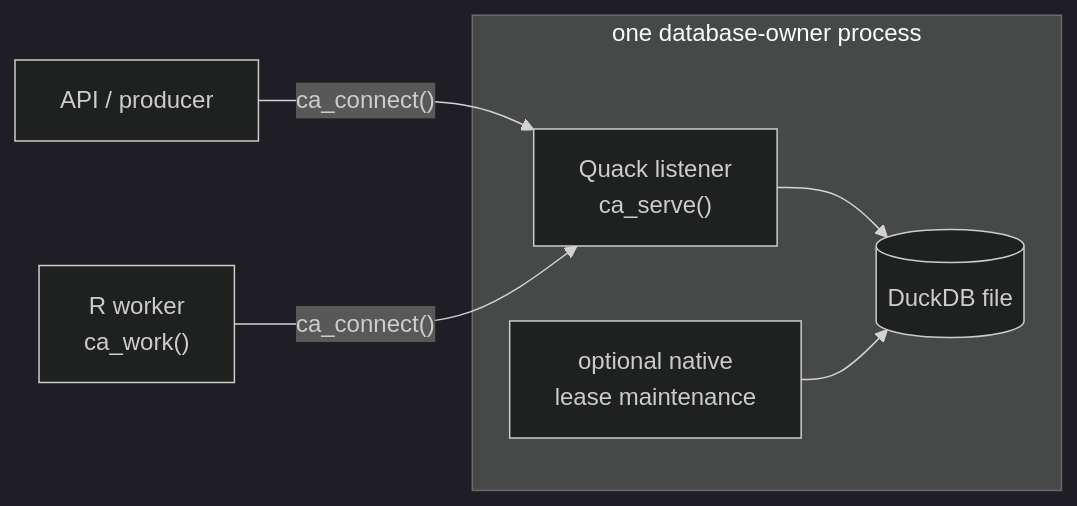
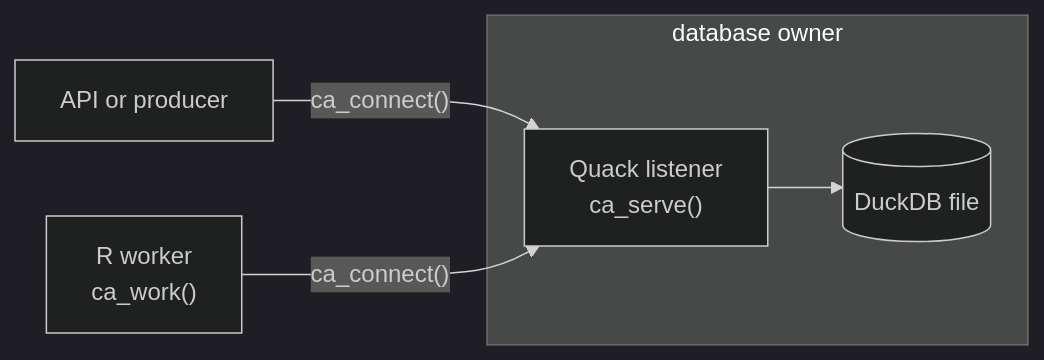
Before and after one commit to RGenomicsETL/CanardAbsurd: the diagram in vignettes/articles/quack-server.Rmd, drawn with Mermaid (dark theme). The commit also changed other lines of this file and 7 other files, not shown here.

````diff
--- a/vignettes/articles/quack-server.Rmd
+++ b/vignettes/articles/quack-server.Rmd
@@ -24,9 +15,8 @@
 ```mermaid
 flowchart LR
-  Producer["API / producer"] -->|"ca_connect()"| Quack
+  Producer["API or producer"] -->|"ca_connect()"| Quack
   Worker["R worker<br/>ca_work()"] -->|"ca_connect()"| Quack
-  subgraph Owner["one database-owner process"]
+  subgraph Owner["database owner"]
     Quack["Quack listener<br/>ca_serve()"] --> Database[("DuckDB file")]
-    Maintenance["optional native<br/>lease maintenance"] --> Database
   end
 ```
````
